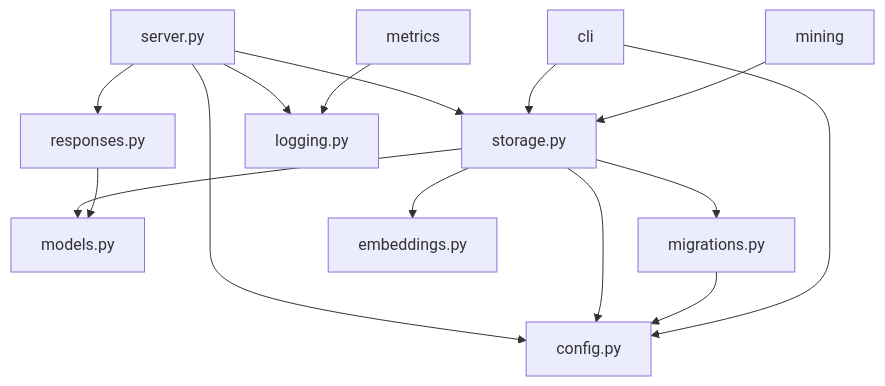
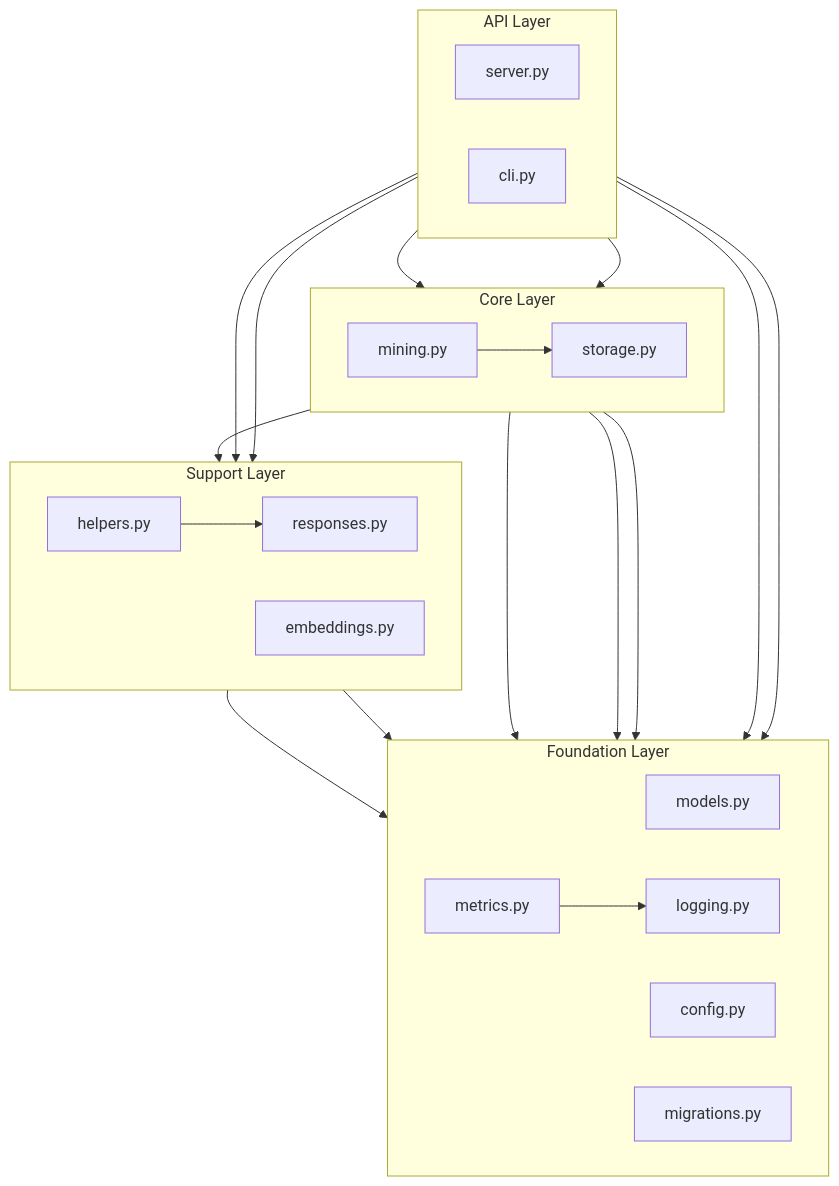
Before and after one commit to michael-denyer/memory-mcp: the second of 2 diagrams in ARCHITECTURE.md, drawn with Mermaid. The commit also changed other lines of this file and 4 other files, not shown here.

````diff
--- a/ARCHITECTURE.md
+++ b/ARCHITECTURE.md
@@ -124,19 +136,38 @@
 ```mermaid
-graph TD
-    server[server.py] --> storage[storage.py]
-    server --> responses[responses.py]
-    server --> config[config.py]
-    server --> logging[logging.py]
+graph TB
+    subgraph API["API Layer"]
+        direction LR
+        server[server.py]
+        cli[cli.py]
+    end
 
-    storage --> models[models.py]
-    storage --> migrations[migrations.py]
-    storage --> embeddings[embeddings.py]
-    storage --> config
+    subgraph Core["Core Layer"]
+        direction LR
+        storage[storage.py]
+        mining[mining.py]
+    end
 
+    subgraph Support["Support Layer"]
+        direction LR
+        helpers[helpers.py]
+        responses[responses.py]
+        embeddings[embeddings.py]
+    end
+
+    subgraph Foundation["Foundation Layer"]
+        direction LR
+        models[models.py]
+        config[config.py]
+        migrations[migrations.py]
+        logging[logging.py]
+        metrics[metrics.py]
+    end
+
+    server --> storage & helpers & responses & logging
+    cli --> storage & config
+    storage --> models & migrations & embeddings & config
+    mining --> storage
+    helpers --> models & responses
     responses --> models
-    migrations --> config
-    cli --> storage
-    cli --> config
-    mining --> storage
     metrics --> logging
 ```
````
